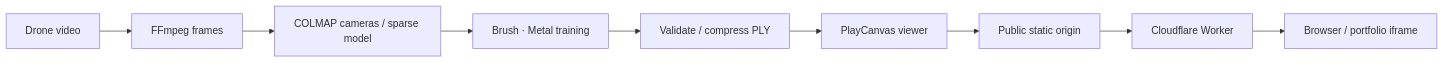
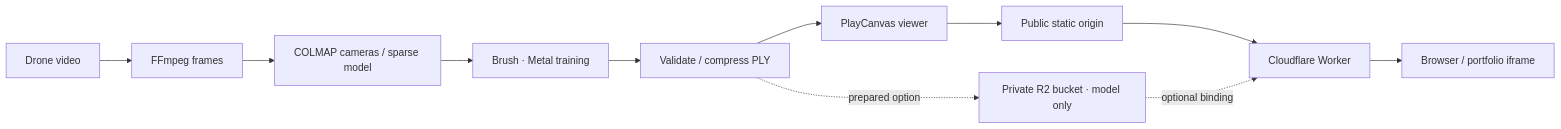
One commit to BlueStylo/drone-gaussian-pipeline changed the diagram in README.md. Above: the diagram before and after it, drawn with Mermaid. The commit also changed other lines of this file and 7 other files, not shown here.

Commit message:
Add optional R2 streaming for the public Gaussian model

````diff
--- a/README.md
+++ b/README.md
@@ -24,11 +27,13 @@
 ```mermaid
 flowchart LR
     A[Drone video] --> B[FFmpeg frames]
     B --> C[COLMAP cameras / sparse model]
     C --> D[Brush · Metal training]
     D --> E[Validate / compress PLY]
     E --> F[PlayCanvas viewer]
     F --> G[Public static origin]
     G --> H[Cloudflare Worker]
     H --> I[Browser / portfolio iframe]
+    E -. prepared option .-> R[Private R2 bucket · model only]
+    R -. optional binding .-> H
 ```
````
